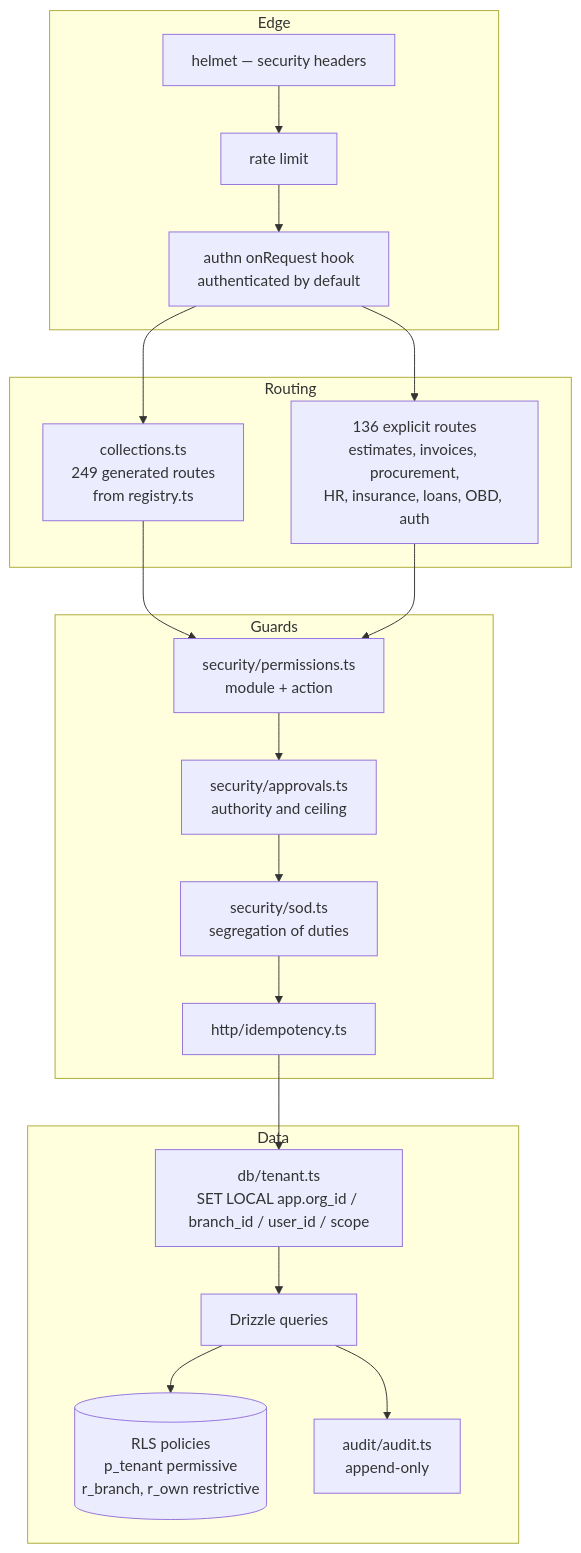
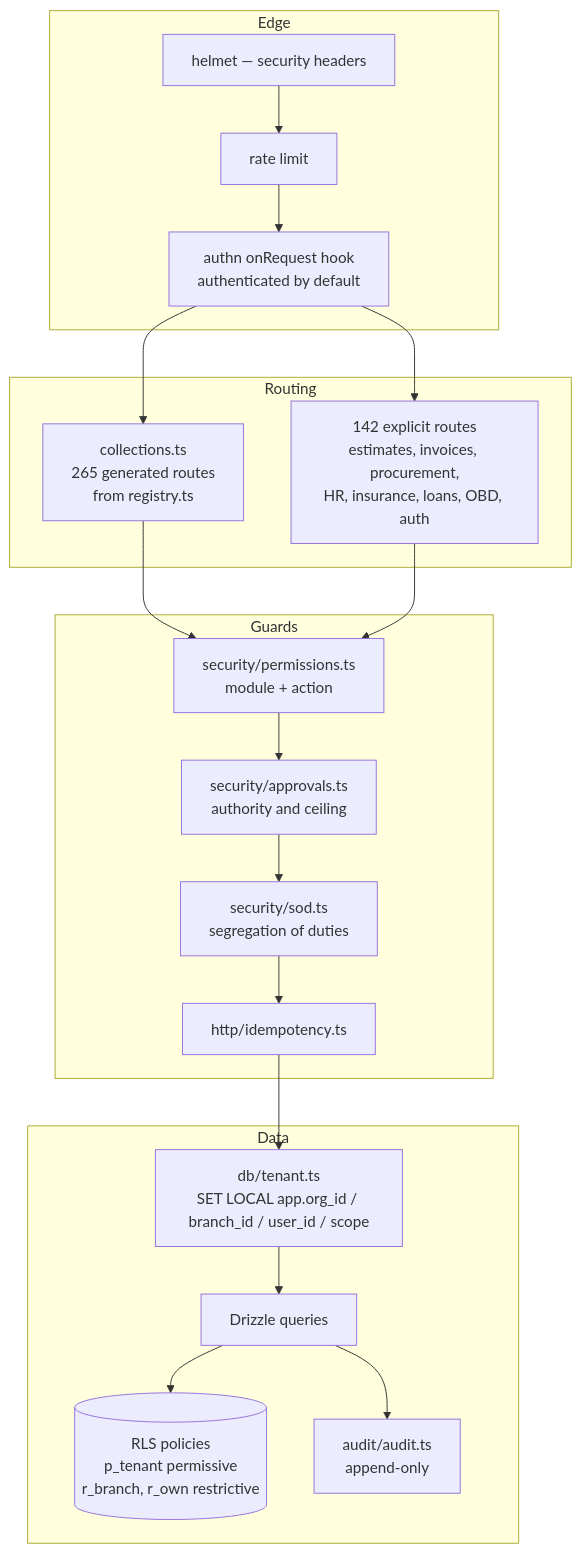
One commit to tazamohd/SlClNe changed the third of 4 diagrams in docs/15_C4_ARCHITECTURE_DIAGRAMS/C4_MODEL.md. Above: the diagram before and after it, drawn with Mermaid. The commit also changed other lines of this file and 84 other files, not shown here.

````diff
--- a/docs/15_C4_ARCHITECTURE_DIAGRAMS/C4_MODEL.md
+++ b/docs/15_C4_ARCHITECTURE_DIAGRAMS/C4_MODEL.md
@@ -60,29 +60,29 @@
 ```mermaid
 flowchart TB
   subgraph edge[Edge]
     helmet["helmet — security headers"]
     rl["rate limit"]
     authn["authn onRequest hook<br/>authenticated by default"]
   end
   subgraph routing[Routing]
-    generic["collections.ts<br/>249 generated routes<br/>from registry.ts"]
-    explicit["136 explicit routes<br/>estimates, invoices, procurement,<br/>HR, insurance, loans, OBD, auth"]
+    generic["collections.ts<br/>265 generated routes<br/>from registry.ts"]
+    explicit["142 explicit routes<br/>estimates, invoices, procurement,<br/>HR, insurance, loans, OBD, auth"]
   end
   subgraph guards[Guards]
     perms["security/permissions.ts<br/>module + action"]
     approvals["security/approvals.ts<br/>authority and ceiling"]
     sod["security/sod.ts<br/>segregation of duties"]
     idem["http/idempotency.ts"]
   end
   subgraph data[Data]
     tenant["db/tenant.ts<br/>SET LOCAL app.org_id / branch_id / user_id / scope"]
     drizzle["Drizzle queries"]
     rls[("RLS policies<br/>p_tenant permissive<br/>r_branch, r_own restrictive")]
     audit["audit/audit.ts<br/>append-only"]
   end
   helmet --> rl --> authn --> generic
   authn --> explicit
   generic --> perms
   explicit --> perms --> approvals --> sod --> idem --> tenant --> drizzle --> rls
   drizzle --> audit
 ```
````
